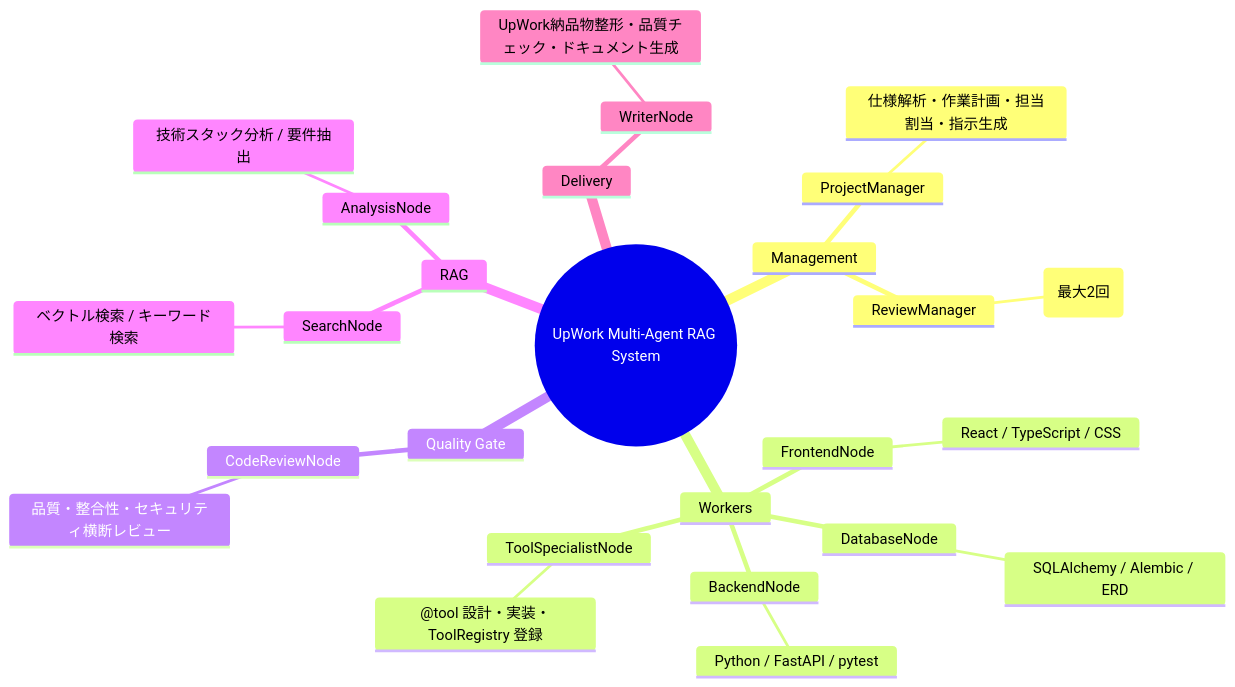
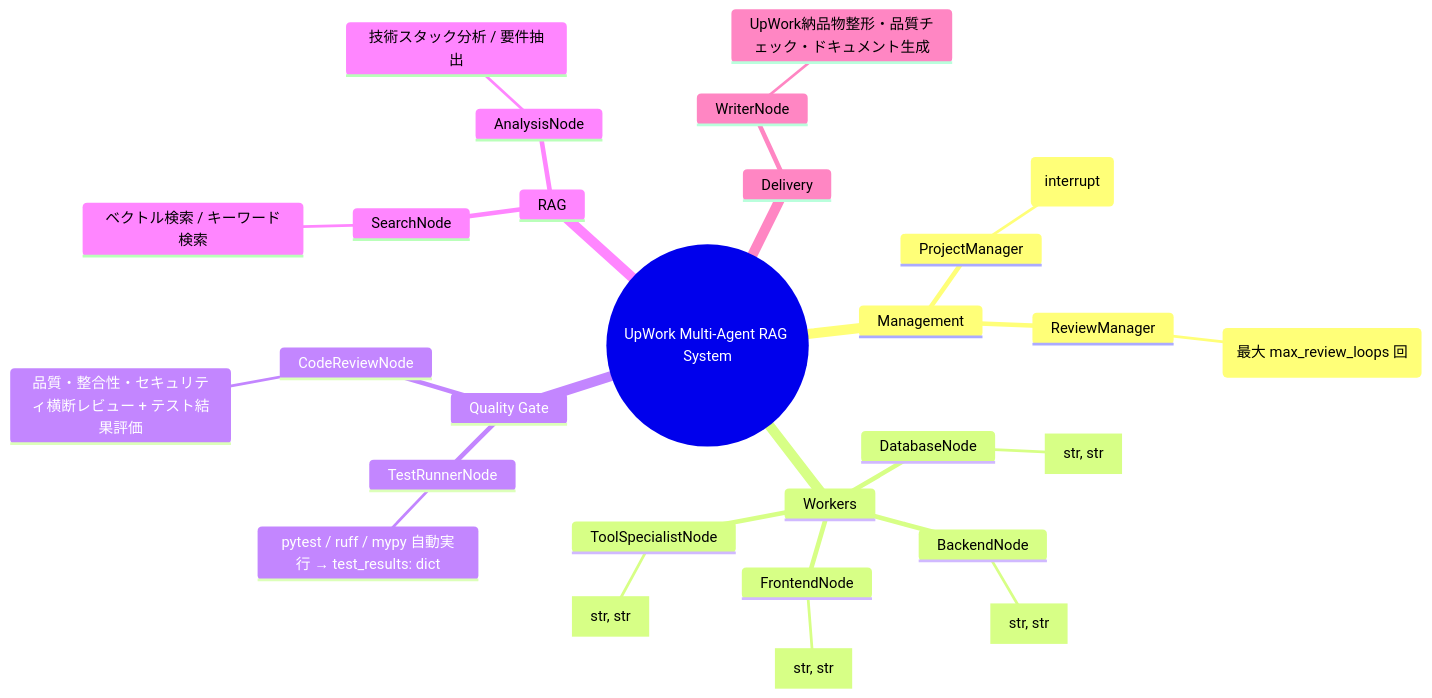
Before and after one commit to BBQ-Meat999/test-BBQ: the third of 4 diagrams in docs/architecture.md, drawn with Mermaid. The commit also changed other lines of this file and 20 other files, not shown here.

````diff
--- a/docs/architecture.md
+++ b/docs/architecture.md
@@ -117,29 +120,31 @@
 ```mermaid
 mindmap
   root((UpWork Multi-Agent RAG System))
     Management
       ProjectManager
-        仕様解析・作業計画・担当割当・指示生成
+        仕様解析・作業計画・担当割当・指示生成 / Human-in-the-loop (interrupt)
       ReviewManager
-        レビュー結果解析・修正指示生成・ループ制御 (最大2回)
+        レビュー結果解析・修正指示生成・ループ制御 (最大 max_review_loops 回)
     Workers
       BackendNode
-        Python / FastAPI / pytest
+        Python / FastAPI / pytest → backend_files: dict[str, str]
       FrontendNode
-        React / TypeScript / CSS
+        React / TypeScript / CSS → frontend_files: dict[str, str]
       DatabaseNode
-        SQLAlchemy / Alembic / ERD
+        SQLAlchemy / Alembic / ERD → database_files: dict[str, str]
       ToolSpecialistNode
-        @tool 設計・実装・ToolRegistry 登録
+        共有ユーティリティ実装 → tool_spec_files: dict[str, str]
     Quality Gate
+      TestRunnerNode
+        pytest / ruff / mypy 自動実行 → test_results: dict
       CodeReviewNode
-        品質・整合性・セキュリティ横断レビュー
+        品質・整合性・セキュリティ横断レビュー + テスト結果評価
     RAG
       SearchNode
         ベクトル検索 / キーワード検索
       AnalysisNode
         技術スタック分析 / 要件抽出
     Delivery
       WriterNode
         UpWork納品物整形・品質チェック・ドキュメント生成
 ```
````
